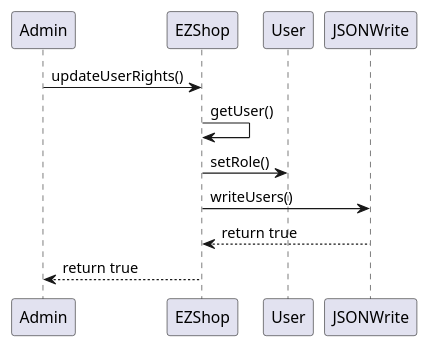
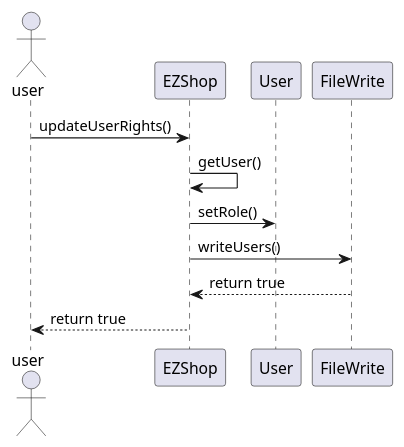
One commit to giuseppesalvi/ezshop changed the eighth of 28 diagrams in Deliverables/DesignDocument.md. Above: the diagram before and after it, drawn with PlantUML. The commit also changed other lines of this file, not shown here.

Commit message:
Update DesignDocument.md: sequence diagram, class diagram, package diagram

````diff
--- a/Deliverables/DesignDocument.md
+++ b/Deliverables/DesignDocument.md
@@ -356,14 +361,14 @@
 ```plantuml
 @startuml
-participant Admin
+actor user
 participant EZShop
 participant User
-participant JSONWrite
-Admin -> EZShop : updateUserRights()
+participant FileWrite
+user -> EZShop : updateUserRights()
 EZShop -> EZShop : getUser()
 EZShop -> User : setRole()
-EZShop -> JSONWrite : writeUsers()
-EZShop <-- JSONWrite : return true
-Admin <-- EZShop : return true
+EZShop -> FileWrite : writeUsers()
+EZShop <-- FileWrite : return true
+user <-- EZShop : return true
 @enduml
 ```
````
